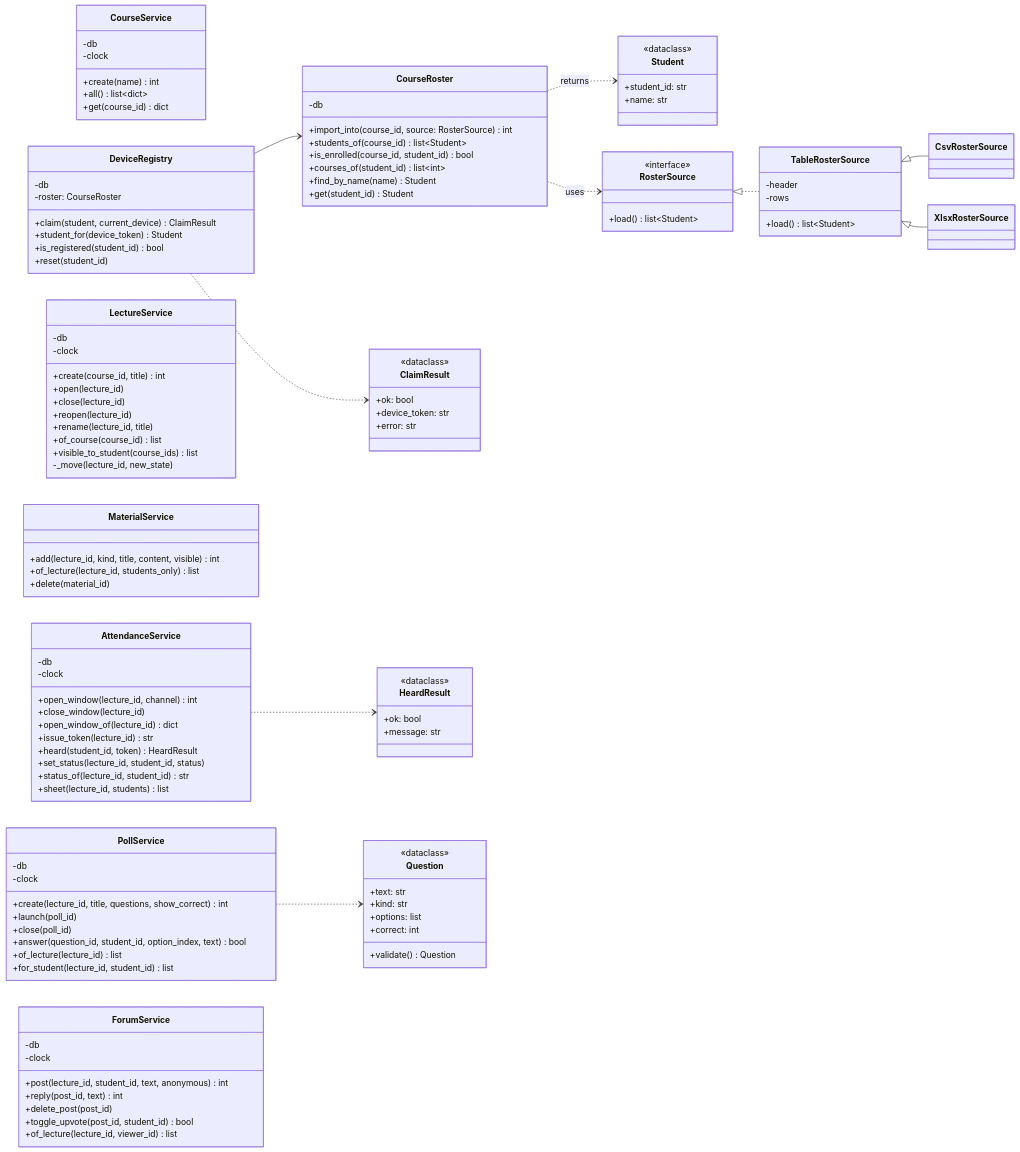
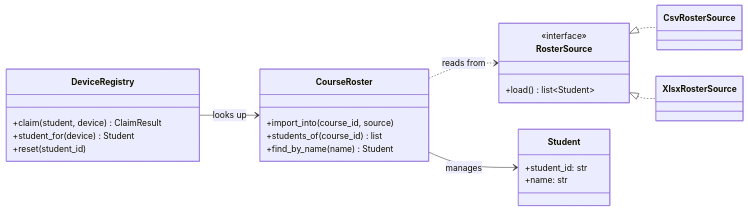
Before and after one commit to shiral2571-alt/SoftwareEngineering_Ex2: the third of 9 diagrams in docs/DIAGRAMS.md, drawn with Mermaid. The commit also changed other lines of this file and 6 other files, not shown here.

First line of the commit message:
Record the auditorium test and simplify the diagrams

````diff
--- a/docs/DIAGRAMS.md
+++ b/docs/DIAGRAMS.md
@@ -10,125 +49,30 @@
 ```mermaid
 classDiagram
     direction LR
-
-    class CourseService {
-        -db
-        -clock
-        +create(name) int
-        +all() list~dict~
-        +get(course_id) dict
-    }
-    class CourseRoster {
-        -db
-        +import_into(course_id, source: RosterSource) int
-        +students_of(course_id) list~Student~
-        +is_enrolled(course_id, student_id) bool
-        +courses_of(student_id) list~int~
-        +find_by_name(name) Student
-        +get(student_id) Student
-    }
-    class Student {
-        <<dataclass>>
-        +student_id: str
-        +name: str
-    }
     class RosterSource {
         <<interface>>
         +load() list~Student~
     }
-    class TableRosterSource {
-        -header
-        -rows
-        +load() list~Student~
-    }
     class CsvRosterSource
     class XlsxRosterSource
-    RosterSource <|.. TableRosterSource
-    TableRosterSource <|-- CsvRosterSource
-    TableRosterSource <|-- XlsxRosterSource
-    CourseRoster ..> RosterSource : uses
-    CourseRoster ..> Student : returns
+    RosterSource <|.. CsvRosterSource
+    RosterSource <|.. XlsxRosterSource
 
+    class Student {
+        +student_id: str
+        +name: str
+    }
+    class CourseRoster {
+        +import_into(course_id, source)
+        +students_of(course_id) list
+        +find_by_name(name) Student
+    }
     class DeviceRegistry {
-        -db
-        -roster: CourseRoster
-        +claim(student, current_device) ClaimResult
-        +student_for(device_token) Student
-        +is_registered(student_id) bool
+        +claim(student, device) ClaimResult
+        +student_for(device) Student
         +reset(student_id)
     }
-    class ClaimResult {
-        <<dataclass>>
-        +ok: bool
-        +device_token: str
-        +error: str
-    }
-    DeviceRegistry --> CourseRoster
-    DeviceRegistry ..> ClaimResult
-
-    class LectureService {
-        -db
-        -clock
-        +create(course_id, title) int
-        +open(lecture_id)
-        +close(lecture_id)
-        +reopen(lecture_id)
-        +rename(lecture_id, title)
-        +of_course(course_id) list
-        +visible_to_student(course_ids) list
-        -_move(lecture_id, new_state)
-    }
-    class MaterialService {
-        +add(lecture_id, kind, title, content, visible) int
-        +of_lecture(lecture_id, students_only) list
-        +delete(material_id)
-    }
-    class AttendanceService {
-        -db
-        -clock
-        +open_window(lecture_id, channel) int
-        +close_window(lecture_id)
-        +open_window_of(lecture_id) dict
-        +issue_token(lecture_id) str
-        +heard(student_id, token) HeardResult
-        +set_status(lecture_id, student_id, status)
-        +status_of(lecture_id, student_id) str
-        +sheet(lecture_id, students) list
-    }
-    class HeardResult {
-        <<dataclass>>
-        +ok: bool
-        +message: str
-    }
-    AttendanceService ..> HeardResult
-
-    class PollService {
-        -db
-        -clock
-        +create(lecture_id, title, questions, show_correct) int
-        +launch(poll_id)
-        +close(poll_id)
-        +answer(question_id, student_id, option_index, text) bool
-        +of_lecture(lecture_id) list
-        +for_student(lecture_id, student_id) list
-    }
-    class Question {
-        <<dataclass>>
-        +text: str
-        +kind: str
-        +options: list
-        +correct: int
-        +validate() Question
-    }
-    PollService ..> Question
-
-    class ForumService {
-        -db
-        -clock
-        +post(lecture_id, student_id, text, anonymous) int
-        +reply(post_id, text) int
-        +delete_post(post_id)
-        +toggle_upvote(post_id, student_id) bool
-        +of_lecture(lecture_id, viewer_id) list
-    }
+    CourseRoster ..> RosterSource : reads from
+    CourseRoster --> Student : manages
+    DeviceRegistry --> CourseRoster : looks up
 ```
````
